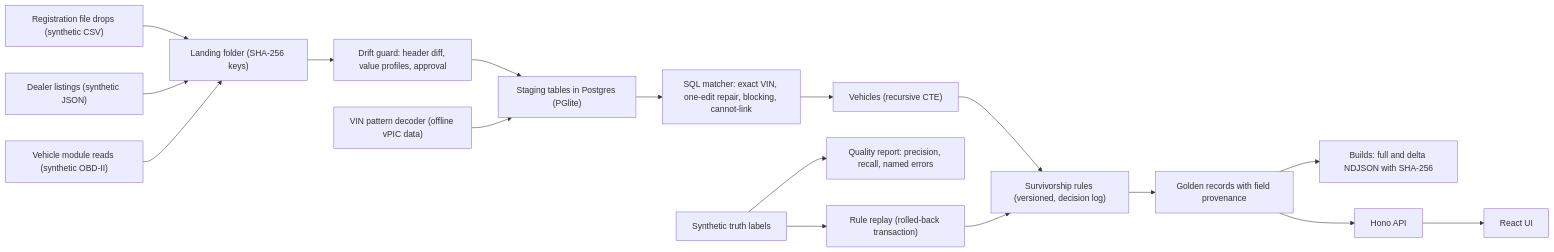
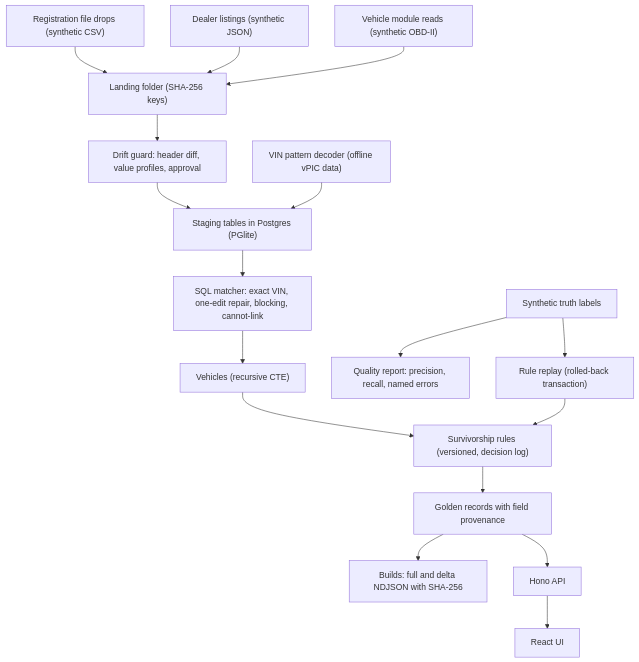
Before and after one commit to ArchiusVuong-sudo/which-source-wins: the diagram in README.md, drawn with Mermaid.

Commit message:
Draw the architecture diagram top to bottom so its labels stay readable on GitHub

````diff
--- a/README.md
+++ b/README.md
@@ -19,19 +19,19 @@
 ```mermaid
-flowchart LR
+flowchart TB
   R["Registration file drops (synthetic CSV)"] --> L["Landing folder (SHA-256 keys)"]
   D["Dealer listings (synthetic JSON)"] --> L
   M["Vehicle module reads (synthetic OBD-II)"] --> L
   L --> G["Drift guard: header diff, value profiles, approval"]
   G --> S["Staging tables in Postgres (PGlite)"]
   V["VIN pattern decoder (offline vPIC data)"] --> S
   S --> X["SQL matcher: exact VIN, one-edit repair, blocking, cannot-link"]
   X --> H["Vehicles (recursive CTE)"]
   H --> SR["Survivorship rules (versioned, decision log)"]
   SR --> GR["Golden records with field provenance"]
   GR --> B["Builds: full and delta NDJSON with SHA-256"]
   GR --> API["Hono API"]
   API --> UI["React UI"]
   T["Synthetic truth labels"] --> Q["Quality report: precision, recall, named errors"]
   T --> RR["Rule replay (rolled-back transaction)"]
   RR --> SR
 ```
````
